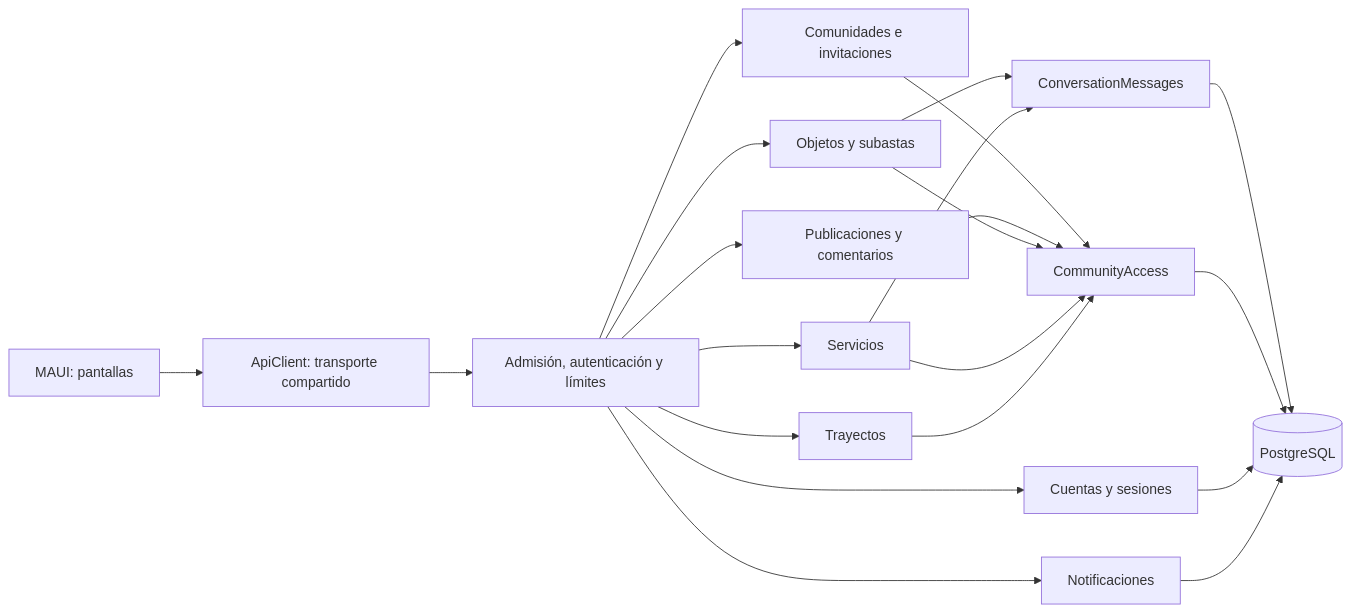
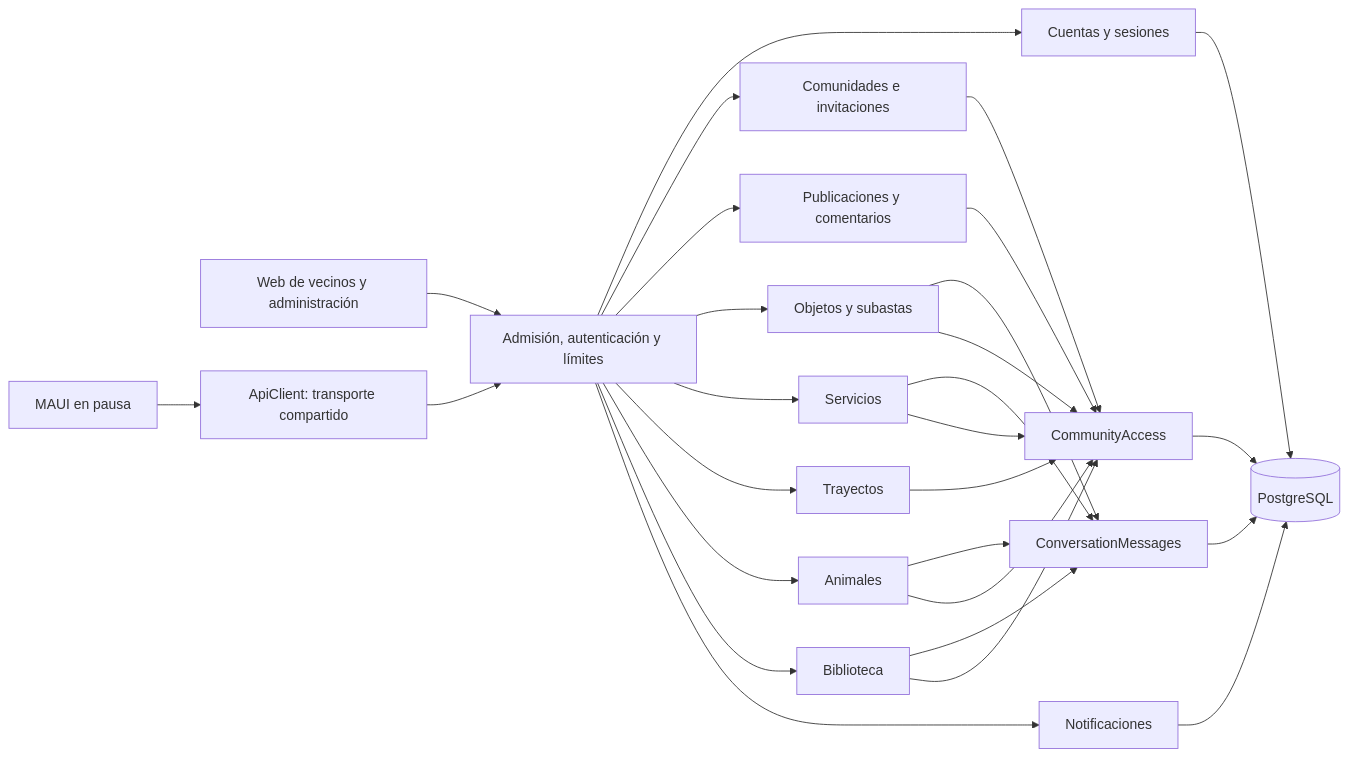
One commit to juaseal/UrbaLink changed the diagram in ARCHITECTURE.md. Above: the diagram before and after it, drawn with Mermaid. The commit also changed other lines of this file and 4 other files, not shown here.

````diff
--- a/ARCHITECTURE.md
+++ b/ARCHITECTURE.md
@@ -9,23 +10,30 @@
 ```mermaid
 flowchart LR
-    Mobile[MAUI: pantallas] --> Client[ApiClient: transporte compartido]
+    Web[Web de vecinos y administración] --> Entry[Admisión, autenticación y límites]
+    Mobile[MAUI en pausa] --> Client[ApiClient: transporte compartido]
     Client --> Entry[Admisión, autenticación y límites]
     Entry --> Accounts[Cuentas y sesiones]
     Entry --> Communities[Comunidades e invitaciones]
     Entry --> Posts[Publicaciones y comentarios]
     Entry --> Market[Objetos y subastas]
     Entry --> Services[Servicios]
     Entry --> Rides[Trayectos]
+    Entry --> Animals[Animales]
+    Entry --> Books[Biblioteca]
     Entry --> Notifications[Notificaciones]
     Market --> Messages[ConversationMessages]
     Services --> Messages
+    Animals --> Messages
+    Books --> Messages
     Communities --> Access[CommunityAccess]
     Posts --> Access
     Market --> Access
     Services --> Access
+    Animals --> Access
+    Books --> Access
     Rides --> Access
     Messages --> DB[(PostgreSQL)]
     Access --> DB
     Accounts --> DB
     Notifications --> DB
 ```
````
